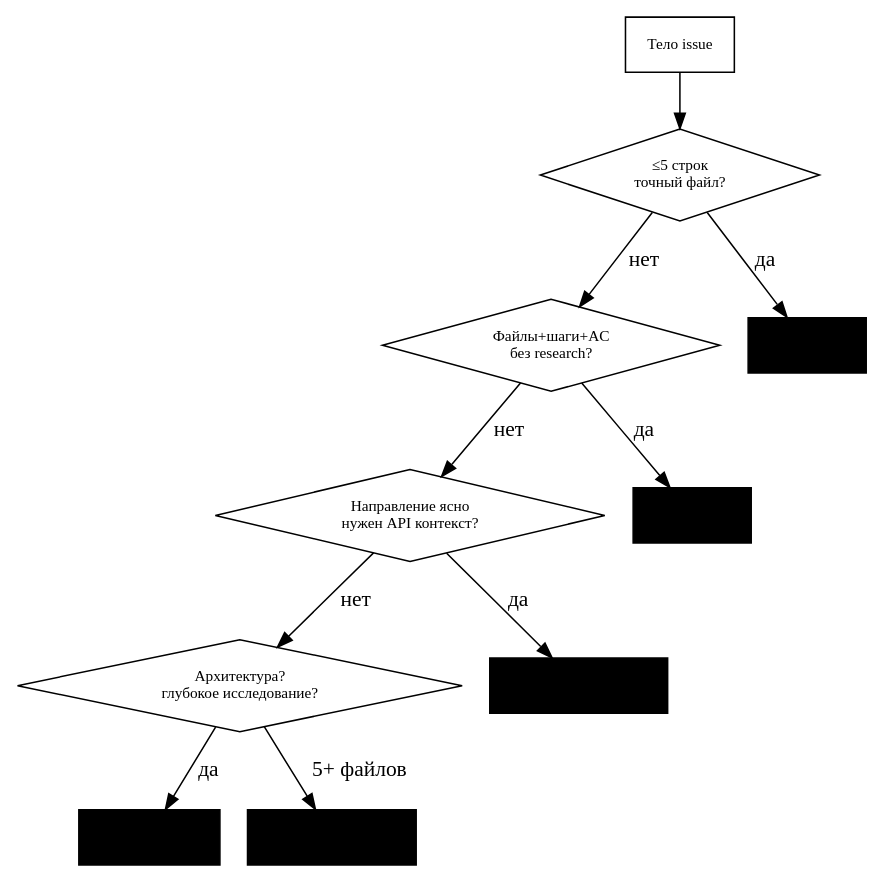
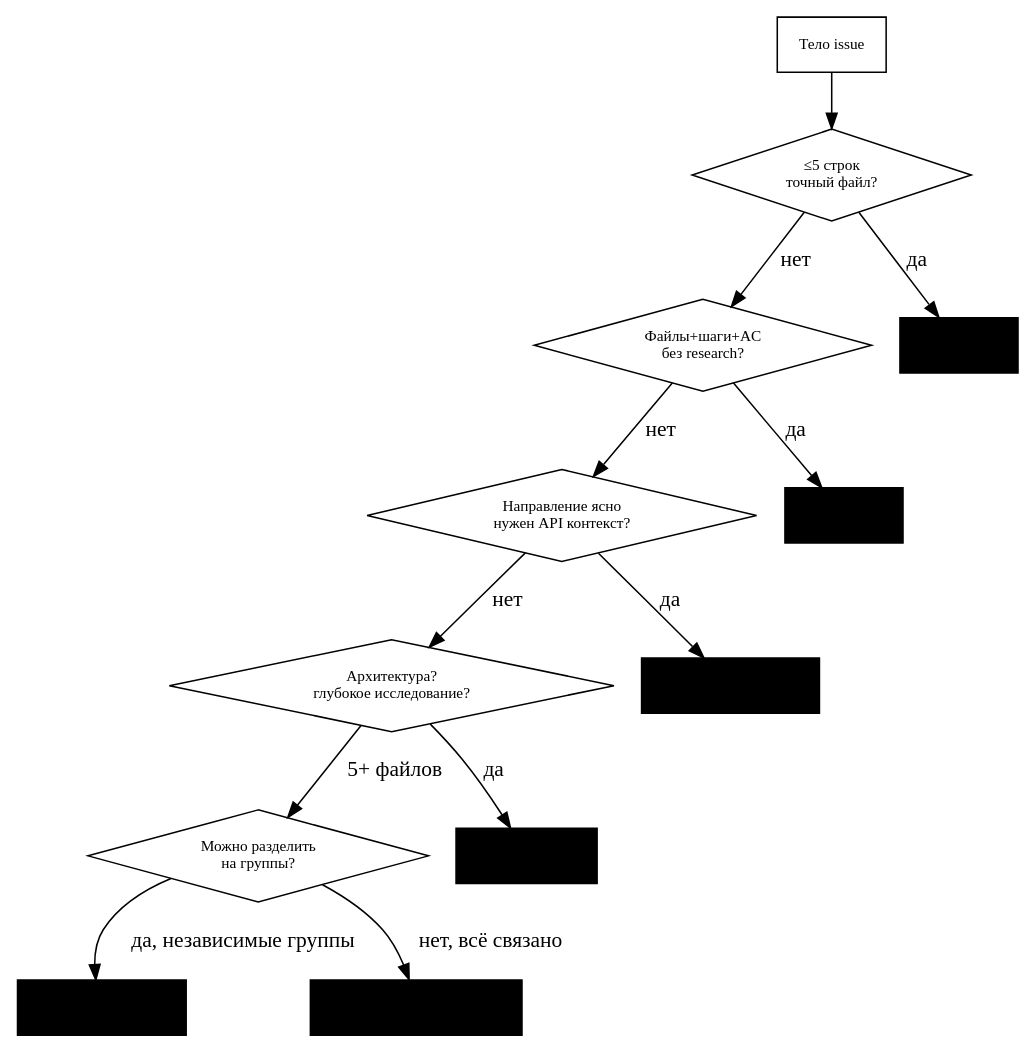
Before and after one commit to yastman/rag: the diagram in .claude/skills/tmux-swarm-orchestration/classification.md, drawn with Graphviz. The commit also changed other lines of this file and 4 other files, not shown here.

````diff
--- a/.claude/skills/tmux-swarm-orchestration/classification.md
+++ b/.claude/skills/tmux-swarm-orchestration/classification.md
@@ -3,19 +3,22 @@
 ```dot
 digraph classify {
   rankdir=TB; node [shape=diamond, fontsize=10];
   issue [label="Тело issue", shape=box];
   q1 [label="≤5 строк\nточный файл?"];
   q2 [label="Файлы+шаги+AC\nбез research?"];
   q3 [label="Направление ясно\nнужен API контекст?"];
   q4 [label="Архитектура?\nглубокое исследование?"];
+  q5 [label="Можно разделить\nна группы?"];
   trivial [label="TRIVIAL\nКонтракт A", shape=box, style=filled, fillcolor="***REMOVED***d4edda"];
   clear [label="CLEAR\nКонтракт A", shape=box, style=filled, fillcolor="***REMOVED***cce5ff"];
   medium [label="MEDIUM\nHaiku+Контракт A", shape=box, style=filled, fillcolor="***REMOVED***fff3cd"];
   complex [label="COMPLEX\nКонтракт C→B", shape=box, style=filled, fillcolor="***REMOVED***f8d7da"];
   vcomplex [label="VERY COMPLEX\nКонтракт C→N×B", shape=box, style=filled, fillcolor="***REMOVED***e2d5f1"];
+  opussolo [label="VERY COMPLEX\nКонтракт D (Opus solo)", shape=box, style=filled, fillcolor="***REMOVED***d5c4e2"];
   issue -> q1; q1 -> trivial [label="да"]; q1 -> q2 [label="нет"];
   q2 -> clear [label="да"]; q2 -> q3 [label="нет"];
   q3 -> medium [label="да"]; q3 -> q4 [label="нет"];
-  q4 -> complex [label="да"]; q4 -> vcomplex [label="5+ файлов"];
+  q4 -> complex [label="да"]; q4 -> q5 [label="5+ файлов"];
+  q5 -> vcomplex [label="да, независимые группы"]; q5 -> opussolo [label="нет, всё связано"];
 }
 ```
````
